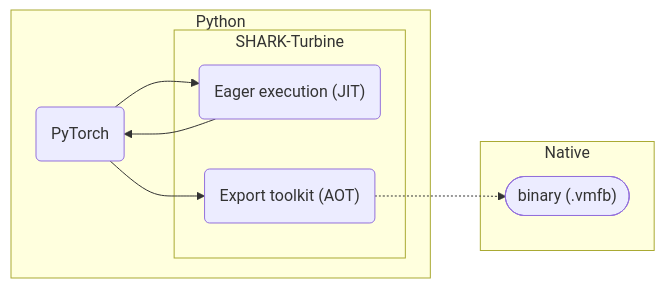
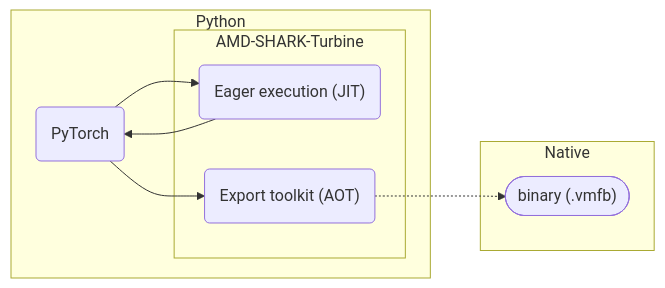
The first of 4 diagrams in docs/website/docs/guides/ml-frameworks/pytorch.md (PhaneeshB/iree), drawn with Mermaid before and after one commit. The commit also changed other lines of this file and 16 other files, not shown here.

````diff
--- a/docs/website/docs/guides/ml-frameworks/pytorch.md
+++ b/docs/website/docs/guides/ml-frameworks/pytorch.md
@@ -34,28 +34,28 @@
 ```mermaid
 graph LR
   accTitle: PyTorch integration overview
   accDescr {
     PyTorch programs can be optimized within a Python session with
-    SHARK-Turbine's just-in-time tools.
+    AMD-SHARK-Turbine's just-in-time tools.
     PyTorch programs can be exported out of Python to native binaries using
-    SHARK-Turbine's ahead-of-time export toolkit.
+    AMD-SHARK-Turbine's ahead-of-time export toolkit.
   }
 
   subgraph Python
     pytorch(PyTorch)
-    subgraph turbine [SHARK-Turbine]
+    subgraph turbine [AMD-SHARK-Turbine]
       jit("Eager execution (JIT)")
       aot("Export toolkit (AOT)")
     end
 
     pytorch --> jit
     jit --> pytorch
     pytorch --> aot
   end
 
   subgraph Native
     binary(["binary (.vmfb)"])
   end
 
   aot -.-> binary
 ```
````
